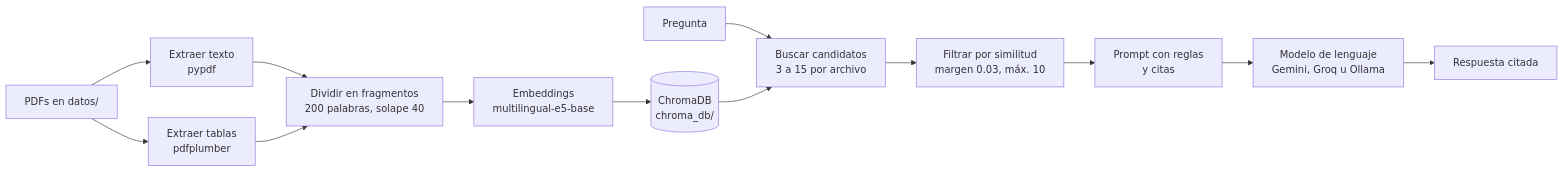
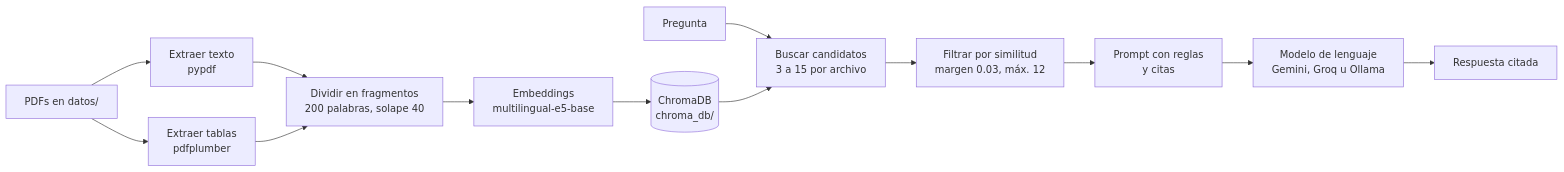
The diagram in README.md (loz-perez/NeuroClerk), drawn with Mermaid before and after one commit. The commit also changed other lines of this file and 2 other files, not shown here.

````diff
--- a/README.md
+++ b/README.md
@@ -11,15 +11,15 @@
 ```mermaid
 flowchart LR
     A[PDFs en datos/] --> B[Extraer texto<br/>pypdf]
     A --> C[Extraer tablas<br/>pdfplumber]
     B --> D[Dividir en fragmentos<br/>200 palabras, solape 40]
     C --> D
     D --> E[Embeddings<br/>multilingual-e5-base]
     E --> F[(ChromaDB<br/>chroma_db/)]
     P[Pregunta] --> G[Buscar candidatos<br/>3 a 15 por archivo]
     F --> G
-    G --> H[Filtrar por similitud<br/>margen 0.03, máx. 10]
+    G --> H[Filtrar por similitud<br/>margen 0.03, máx. 12]
     H --> I[Prompt con reglas<br/>y citas]
     I --> J[Modelo de lenguaje<br/>Gemini, Groq u Ollama]
     J --> R[Respuesta citada]
 ```
````
